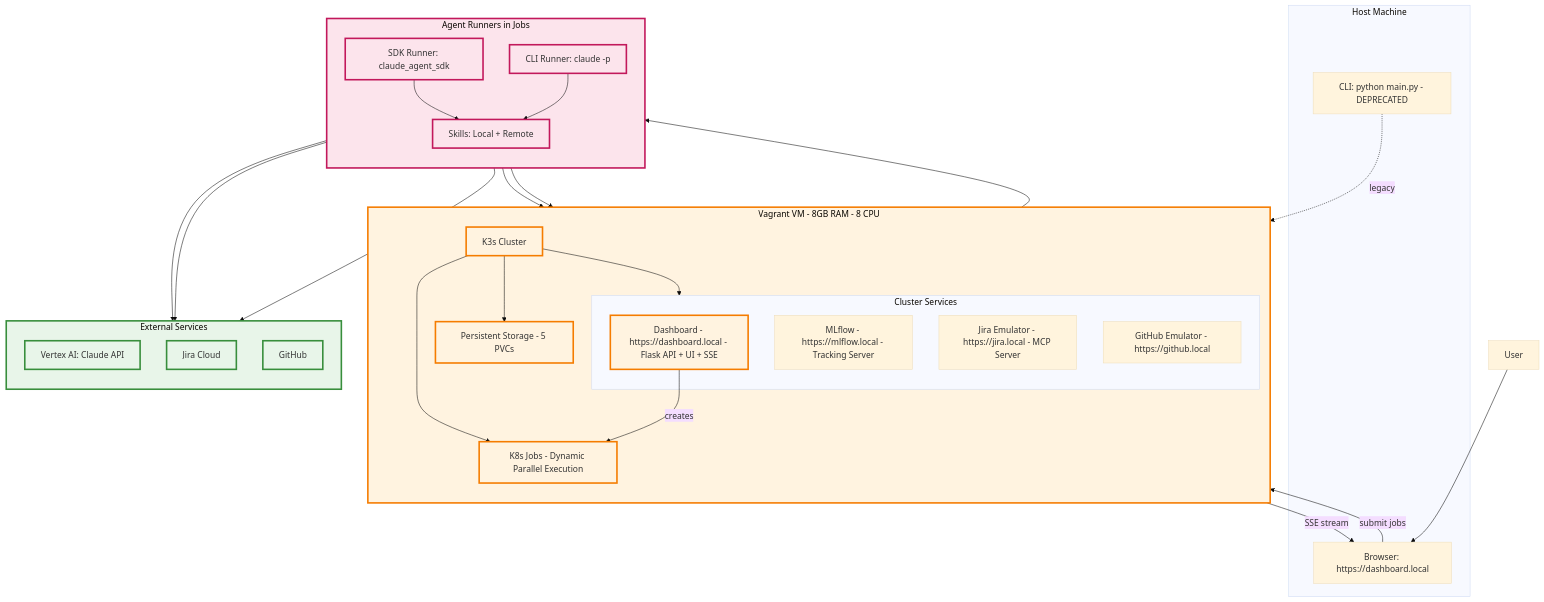
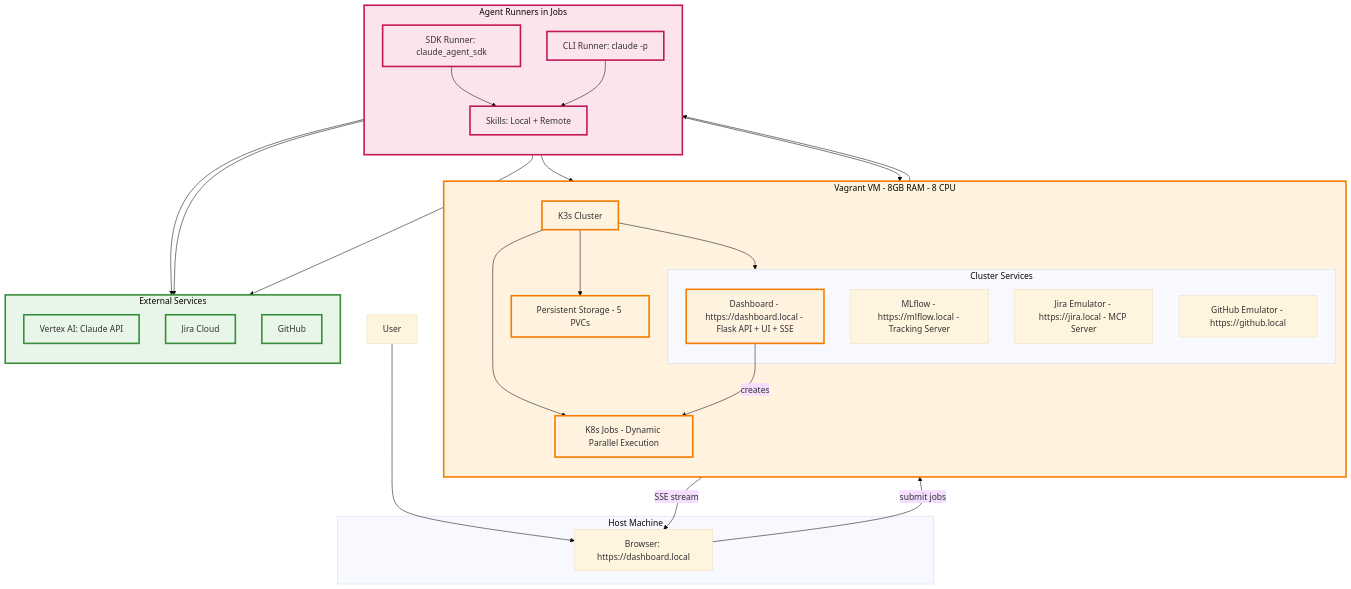
One commit to jctanner/ai-first-pipeline changed the diagram in docs/architecture-overview.mmd. Above: the diagram before and after it, drawn with Mermaid (base theme). The commit also changed 1 other file, not shown here.

Commit message:
Remove deprecated CLI references from architecture diagrams
main.py ran agents locally using threading/asyncio, not K8s jobs.
It never interacted with the cluster, so removing it from diagrams.

The current workflow is purely web-based:
Browser → Dashboard API → PipelineOrchestrator → K8s Jobs

```diff
--- a/docs/architecture-overview.mmd
+++ b/docs/architecture-overview.mmd
@@ -1,68 +1,65 @@
 graph TB
     User["User"]
 
     subgraph Host["Host Machine"]
         Browser["Browser: https://dashboard.local"]
-        CLI["CLI: python main.py - DEPRECATED"]
     end
 
     subgraph VM["Vagrant VM - 8GB RAM - 8 CPU"]
         direction TB
 
         K3s["K3s Cluster"]
         Storage["Persistent Storage - 5 PVCs"]
 
         subgraph Services["Cluster Services"]
             Dashboard["Dashboard - https://dashboard.local - Flask API + UI + SSE"]
             MLflow["MLflow - https://mlflow.local - Tracking Server"]
             JiraEmu["Jira Emulator - https://jira.local - MCP Server"]
             GitHubEmu["GitHub Emulator - https://github.local"]
         end
 
         Jobs["K8s Jobs - Dynamic Parallel Execution"]
 
         K3s --> Storage
         K3s --> Services
         K3s --> Jobs
         Dashboard -->|creates| Jobs
     end
 
     subgraph Runners["Agent Runners in Jobs"]
         direction TB
         SDKRunner["SDK Runner: claude_agent_sdk"]
         CLIRunner["CLI Runner: claude -p"]
         Skills["Skills: Local + Remote"]
 
         SDKRunner --> Skills
         CLIRunner --> Skills
     end
 
     subgraph External["External Services"]
         direction TB
         VertexAI["Vertex AI: Claude API"]
         JiraCloud["Jira Cloud"]
         GitHub["GitHub"]
     end
 
     User --> Browser
 
     Browser -->|submit jobs| Dashboard
     Dashboard -->|SSE stream| Browser
 
-    CLI -.->|legacy| K3s
-
     Jobs --> Runners
 
     Runners --> VertexAI
     Runners --> MLflow
     Runners --> JiraEmu
     Runners --> JiraCloud
     Runners --> GitHub
 
     classDef vm fill:#fff3e0,stroke:#f57c00,stroke-width:3px
     classDef runner fill:#fce4ec,stroke:#c2185b,stroke-width:3px
     classDef external fill:#e8f5e9,stroke:#388e3c,stroke-width:3px
 
     class VM,K3s,Storage,Dashboard,Jobs vm
     class Runners,SDKRunner,CLIRunner,Skills runner
     class External,VertexAI,JiraCloud,GitHub external
```
